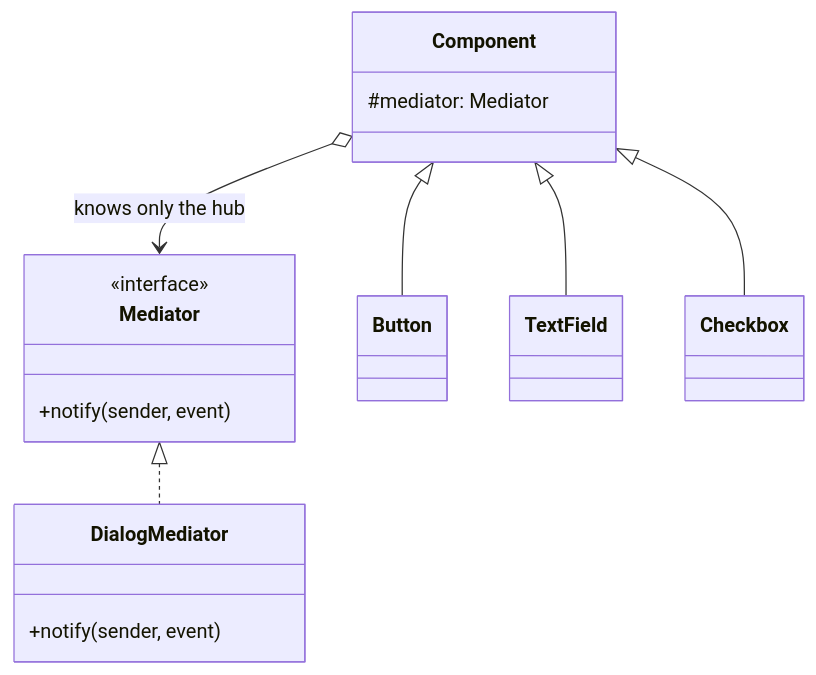
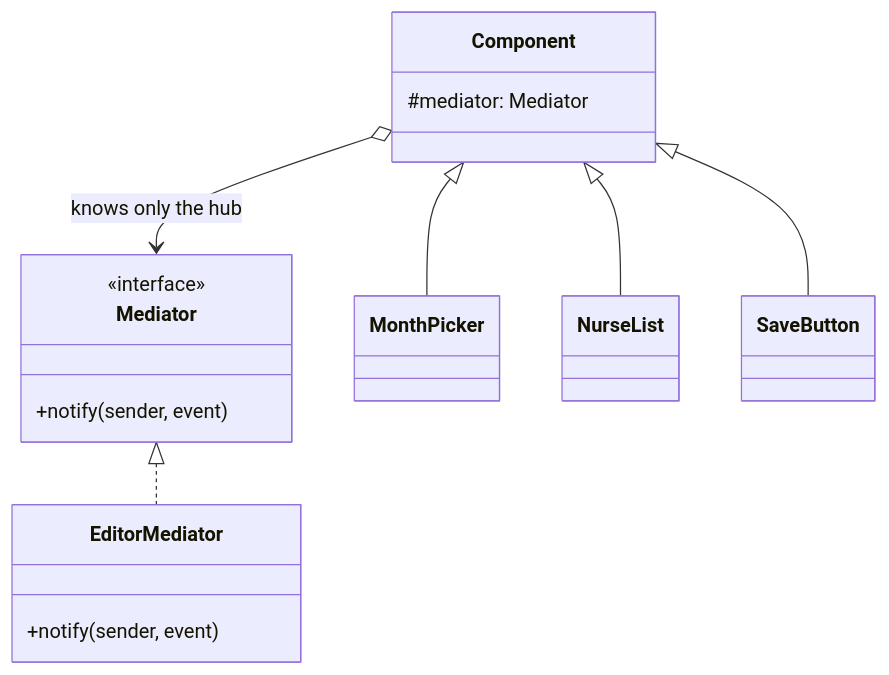
One commit to battlerhythm/battlerhythm.github.io changed the diagram in _design_patterns/m5-mediator.md. Above: the diagram before and after it, drawn with Mermaid. The commit also changed other lines of this file and 1 other file, not shown here.

First line of the commit message:
Session 10: complete Observer and Mediator

````diff
--- a/_design_patterns/m5-mediator.md
+++ b/_design_patterns/m5-mediator.md
@@ -28,21 +53,21 @@
 ```mermaid
 classDiagram
     class Mediator {
         <<interface>>
         +notify(sender, event)
     }
-    class DialogMediator {
+    class EditorMediator {
         +notify(sender, event)
     }
     class Component {
         #mediator: Mediator
     }
-    class Button
-    class TextField
-    class Checkbox
-    Mediator <|.. DialogMediator
+    class MonthPicker
+    class NurseList
+    class SaveButton
+    Mediator <|.. EditorMediator
     Component o--> Mediator : knows only the hub
-    Component <|-- Button
-    Component <|-- TextField
-    Component <|-- Checkbox
+    Component <|-- MonthPicker
+    Component <|-- NurseList
+    Component <|-- SaveButton
 ```
````
